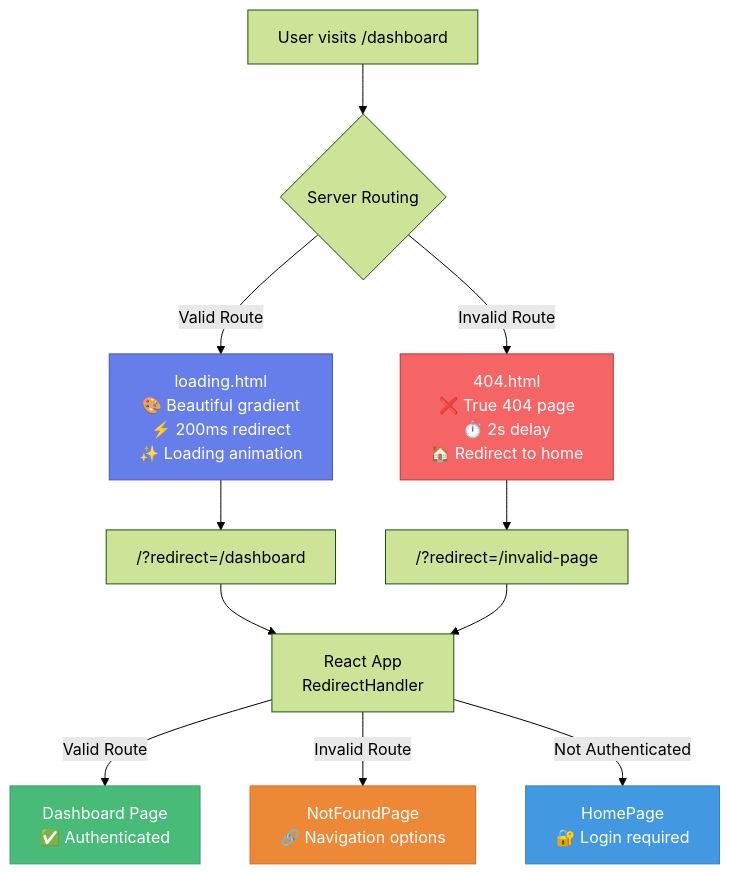
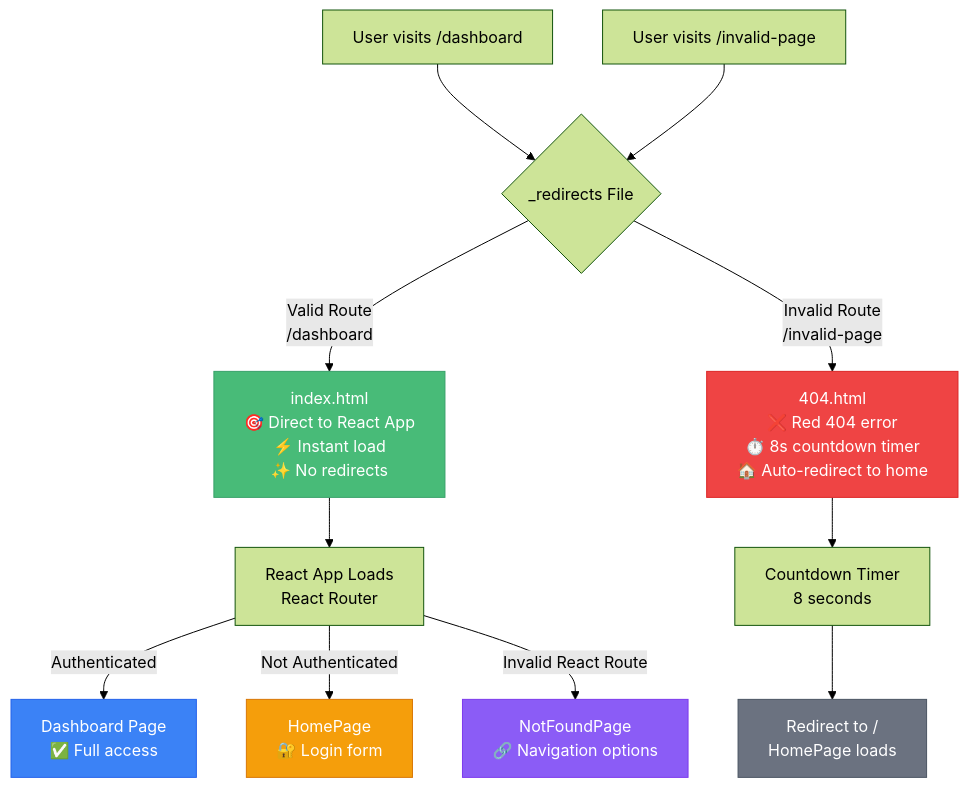
Before and after one commit to teja230/storesight: the diagram in frontend/README.md, drawn with Mermaid (forest theme). The commit also changed other lines of this file, not shown here.

First line of the commit message:
Update routing architecture diagram in frontend README

````diff
--- a/frontend/README.md
+++ b/frontend/README.md
@@ -185,23 +185,24 @@
 ```mermaid
 graph TD
-    A["User visits /dashboard"] --> B{Server Routing}
+    A["User visits /dashboard"] --> B{_redirects File}
+    A2["User visits /invalid-page"] --> B
     
-    B -->|Valid Route| C["loading.html<br/>🎨 Beautiful gradient<br/>⚡ 200ms redirect<br/>✨ Loading animation"]
-    B -->|Invalid Route| D["404.html<br/>❌ True 404 page<br/>⏱️ 2s delay<br/>🏠 Redirect to home"]
+    B -->|Valid Route<br/>/dashboard| C["index.html<br/>🎯 Direct to React App<br/>⚡ Instant load<br/>✨ No redirects"]
+    B -->|Invalid Route<br/>/invalid-page| D["404.html<br/>❌ Red 404 error<br/>⏱️ 8s countdown timer<br/>🏠 Auto-redirect to home"]
     
-    C --> E["/?redirect=/dashboard"]
-    D --> F["/?redirect=/invalid-page"]
+    C --> E["React App Loads<br/>React Router"]
+    D --> F["Countdown Timer<br/>8 seconds"]
     
-    E --> G["React App<br/>RedirectHandler"]
-    F --> G
+    E -->|Authenticated| G["Dashboard Page<br/>✅ Full access"]
+    E -->|Not Authenticated| H["HomePage<br/>🔐 Login form"]
+    E -->|Invalid React Route| I["NotFoundPage<br/>🔗 Navigation options"]
     
-    G -->|Valid Route| H["Dashboard Page<br/>✅ Authenticated"]
-    G -->|Invalid Route| I["NotFoundPage<br/>🔗 Navigation options"]
-    G -->|Not Authenticated| J["HomePage<br/>🔐 Login required"]
+    F --> J["Redirect to /<br/>HomePage loads"]
     
-    style C fill:#667eea,stroke:#4c51bf,color:#fff
-    style D fill:#f56565,stroke:#c53030,color:#fff
-    style H fill:#48bb78,stroke:#38a169,color:#fff
-    style I fill:#ed8936,stroke:#dd6b20,color:#fff
-    style J fill:#4299e1,stroke:#3182ce,color:#fff
+    style C fill:#48bb78,stroke:#38a169,color:#fff
+    style D fill:#ef4444,stroke:#dc2626,color:#fff
+    style G fill:#3b82f6,stroke:#2563eb,color:#fff
+    style H fill:#f59e0b,stroke:#d97706,color:#fff
+    style I fill:#8b5cf6,stroke:#7c3aed,color:#fff
+    style J fill:#6b7280,stroke:#4b5563,color:#fff
 ```
````
